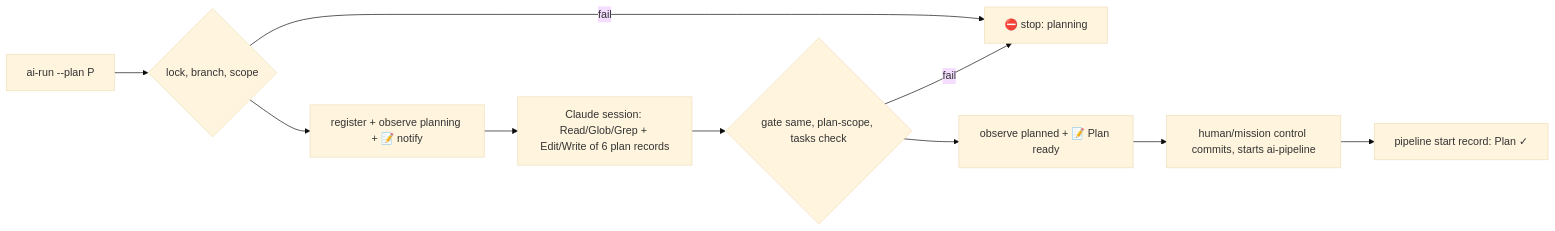
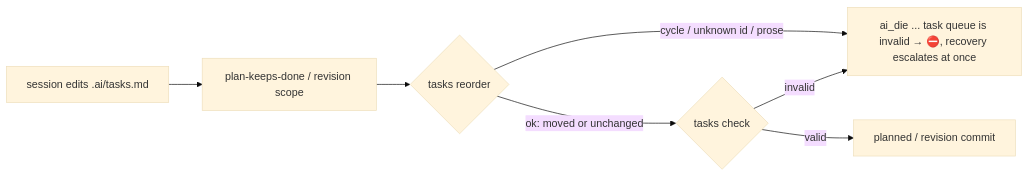
One commit to Muf454/agents changed the diagram in .ai/current-plan.md. Above: the diagram before and after it, drawn with Mermaid (base theme). The commit also changed other lines of this file and 4 other files, not shown here.

First line of the commit message:
chore(ai): plan flow batch 3 (FL-24, FL-23, DB-05, DB-02, DB-03)

````diff
--- a/.ai/current-plan.md
+++ b/.ai/current-plan.md
@@ -50,12 +18,9 @@
-     ```mermaid
-     flowchart LR
-       A[ai-run --plan P] --> B{lock, branch, scope}
-       B -- fail --> X[⛔ stop: planning]
-       B --> C[register + observe planning + 📝 notify]
-       C --> D[Claude session: Read/Glob/Grep + Edit/Write of 6 plan records]
-       D --> E{gate same, plan-scope, tasks check}
-       E -- fail --> X
-       E --> F[observe planned + 📝 Plan ready]
-       F --> G[human/mission control commits, starts ai-pipeline]
-       G --> H[pipeline start record: Plan ✓]
-     ```
+   ```mermaid
+   flowchart LR
+     S[session edits .ai/tasks.md] --> K[plan-keeps-done / revision scope]
+     K --> R{tasks reorder}
+     R -- cycle / unknown id / prose --> X[ai_die ... task queue is invalid → ⛔, recovery escalates at once]
+     R -- ok: moved or unchanged --> C{tasks check}
+     C -- invalid --> X
+     C -- valid --> D[planned / revision commit]
+   ```
````
